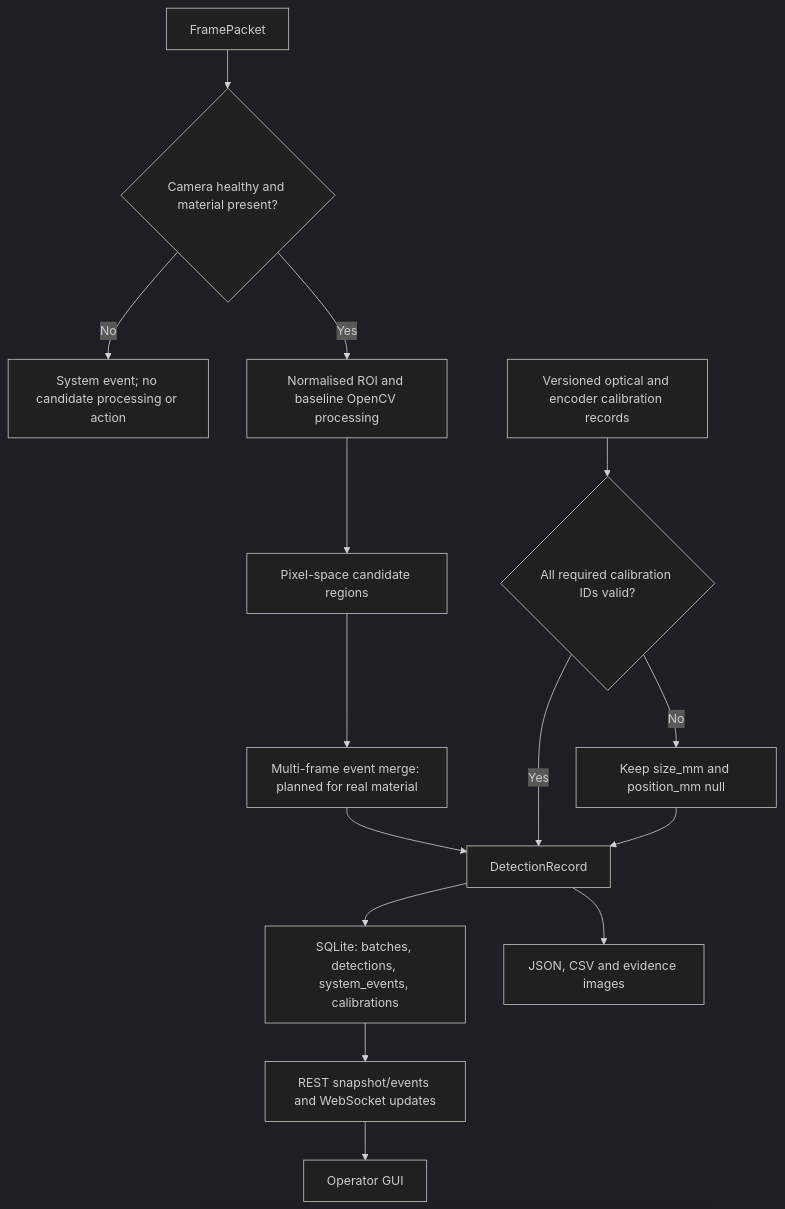
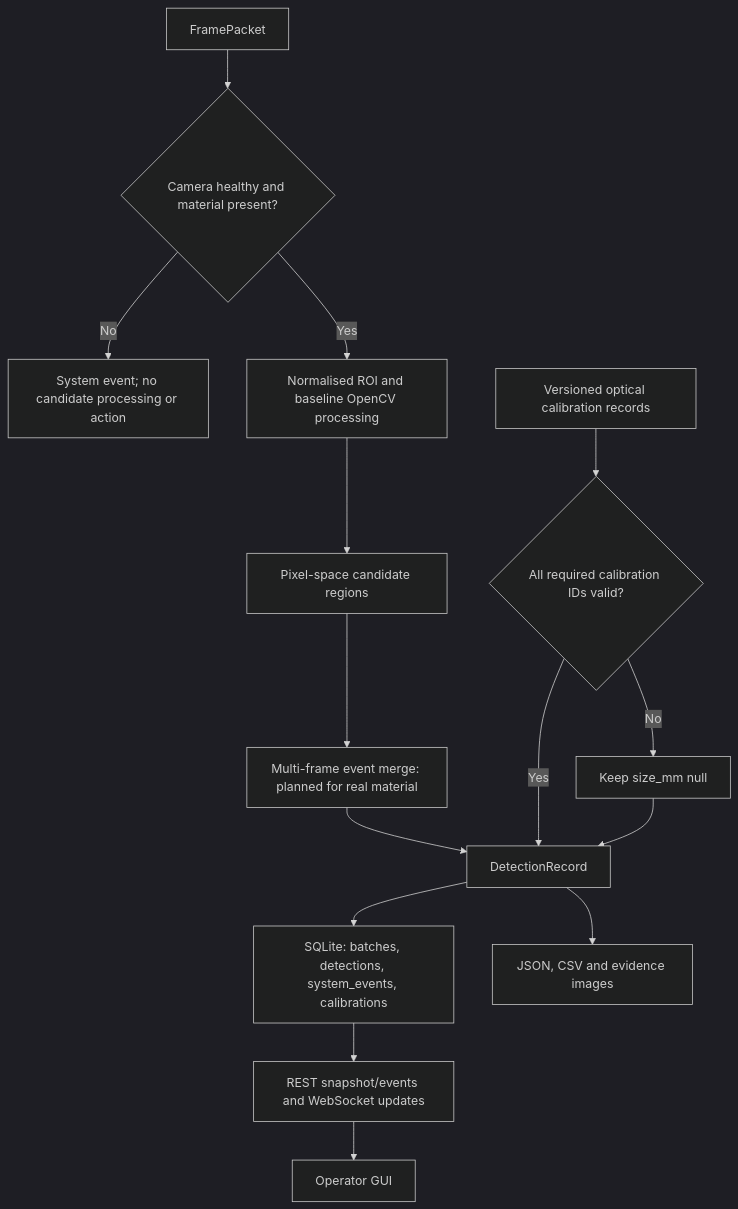
Before and after one commit to wxy331-hub/eng5105-rpla-surface-quality: the second of 4 diagrams in paper_rewriting_output/ENG5105_Proposal_Design_Report_EN.md, drawn with Mermaid (dark theme). The commit also changed other lines of this file and 22 other files, not shown here.

````diff
--- a/paper_rewriting_output/ENG5105_Proposal_Design_Report_EN.md
+++ b/paper_rewriting_output/ENG5105_Proposal_Design_Report_EN.md
@@ -305,17 +323,17 @@
 ```mermaid
 flowchart TD
     FP["FramePacket"] --> HG{"Camera healthy and material present?"}
     HG -->|"No"| SE["System event; no candidate processing or action"]
     HG -->|"Yes"| ROI["Normalised ROI and baseline OpenCV processing"]
     ROI --> PC["Pixel-space candidate regions"]
     PC --> ET["Multi-frame event merge: planned for real material"]
     ET --> DR["DetectionRecord"]
-    CAL["Versioned optical and encoder calibration records"] --> CG{"All required calibration IDs valid?"}
+    CAL["Versioned optical calibration records"] --> CG{"All required calibration IDs valid?"}
     CG -->|"Yes"| DR
-    CG -->|"No"| NULL["Keep size_mm and position_mm null"]
+    CG -->|"No"| NULL["Keep size_mm null"]
     NULL --> DR
     DR --> DB["SQLite: batches, detections, system_events, calibrations"]
     DR --> EX["JSON, CSV and evidence images"]
     DB --> API["REST snapshot/events and WebSocket updates"]
     API --> UI["Operator GUI"]
 ```
````
